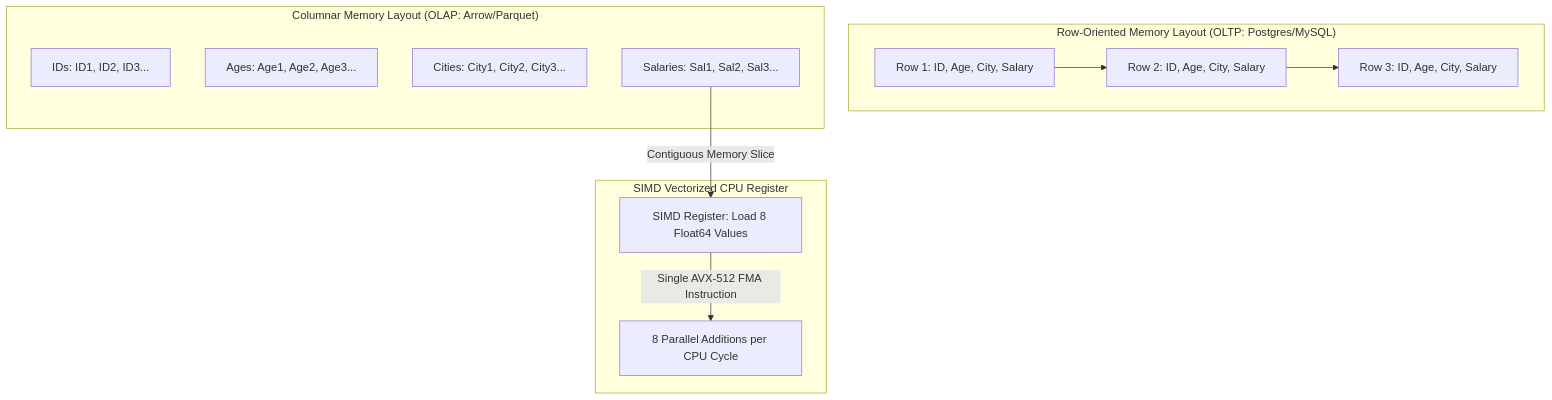
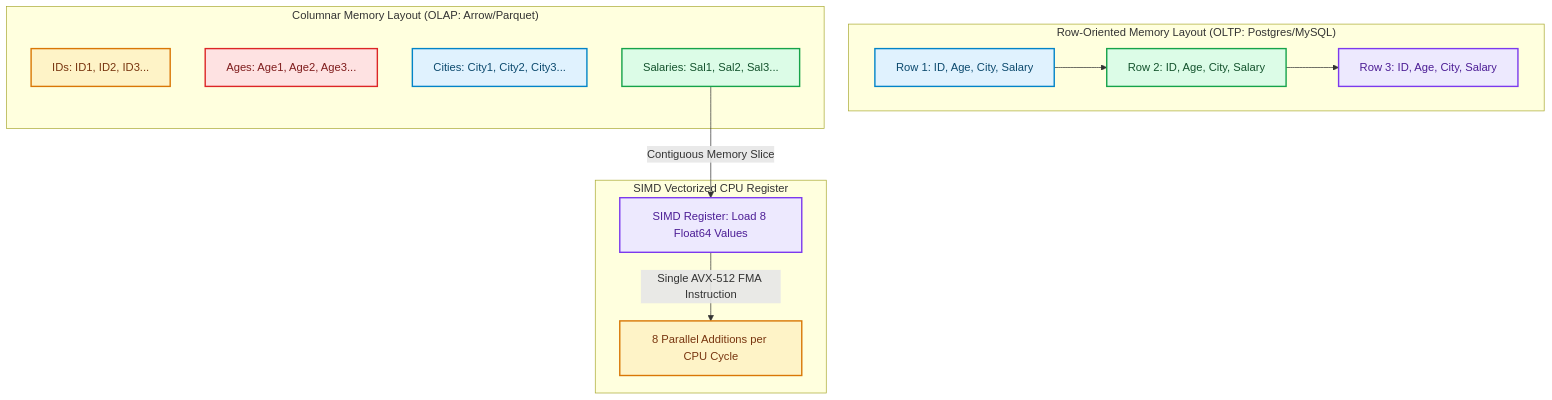
Before and after one commit to akmalkhaniub/akmalkhaniub.github.io: the diagram in blog/posts/columnar-storage-engines-apache-arrow-parquet-simd-vectorized.md, drawn with Mermaid. The commit also changed other lines of this file and 1291 other files, not shown here.

First line of the commit message:
feat(catalog): unique covers, scholarly references, and diagram palettes

````diff
--- a/blog/posts/columnar-storage-engines-apache-arrow-parquet-simd-vectorized.md
+++ b/blog/posts/columnar-storage-engines-apache-arrow-parquet-simd-vectorized.md
@@ -19,19 +19,30 @@
 ```mermaid
 flowchart TD
   subgraph SG1_RowOrientedMemory ["Row-Oriented Memory Layout (OLTP: Postgres/MySQL)"]
-    R1[Row 1: ID, Age, City, Salary] --> R2[Row 2: ID, Age, City, Salary]
-    R2 --> R3[Row 3: ID, Age, City, Salary]
+    R1["Row 1: ID, Age, City, Salary"] --> R2["Row 2: ID, Age, City, Salary"]
+    R2 --> R3["Row 3: ID, Age, City, Salary"]
   end
   
   subgraph SG2_ColumnarMemoryLayout ["Columnar Memory Layout (OLAP: Arrow/Parquet)"]
-    C1[IDs: ID1, ID2, ID3...]
-    C2[Ages: Age1, Age2, Age3...]
-    C3[Cities: City1, City2, City3...]
-    C4[Salaries: Sal1, Sal2, Sal3...]
+    C1["IDs: ID1, ID2, ID3..."]
+    C2["Ages: Age1, Age2, Age3..."]
+    C3["Cities: City1, City2, City3..."]
+    C4["Salaries: Sal1, Sal2, Sal3..."]
   end
   
   subgraph SG3_SimdVectorizedCpu ["SIMD Vectorized CPU Register"]
-    C4 -->|Contiguous Memory Slice| V[SIMD Register: Load 8 Float64 Values]
-    V -->|Single AVX-512 FMA Instruction| CPU[8 Parallel Additions per CPU Cycle]
+    C4 -->|Contiguous Memory Slice| V["SIMD Register: Load 8 Float64 Values"]
+    V -->|Single AVX-512 FMA Instruction| CPU["8 Parallel Additions per CPU Cycle"]
   end
+
+classDef green fill:#dcfce7,stroke:#16a34a,stroke-width:2px,color:#14532d;
+classDef red fill:#fee2e2,stroke:#dc2626,stroke-width:2px,color:#7f1d1d;
+classDef blue fill:#e0f2fe,stroke:#0284c7,stroke-width:2px,color:#0c4a6e;
+classDef yellow fill:#fef3c7,stroke:#d97706,stroke-width:2px,color:#78350f;
+classDef purple fill:#ede9fe,stroke:#7c3aed,stroke-width:2px,color:#4c1d95;
+class R1,C3 blue
+class R2,C4 green
+class R3,V purple
+class C1,CPU yellow
+class C2 red
 ```
````
